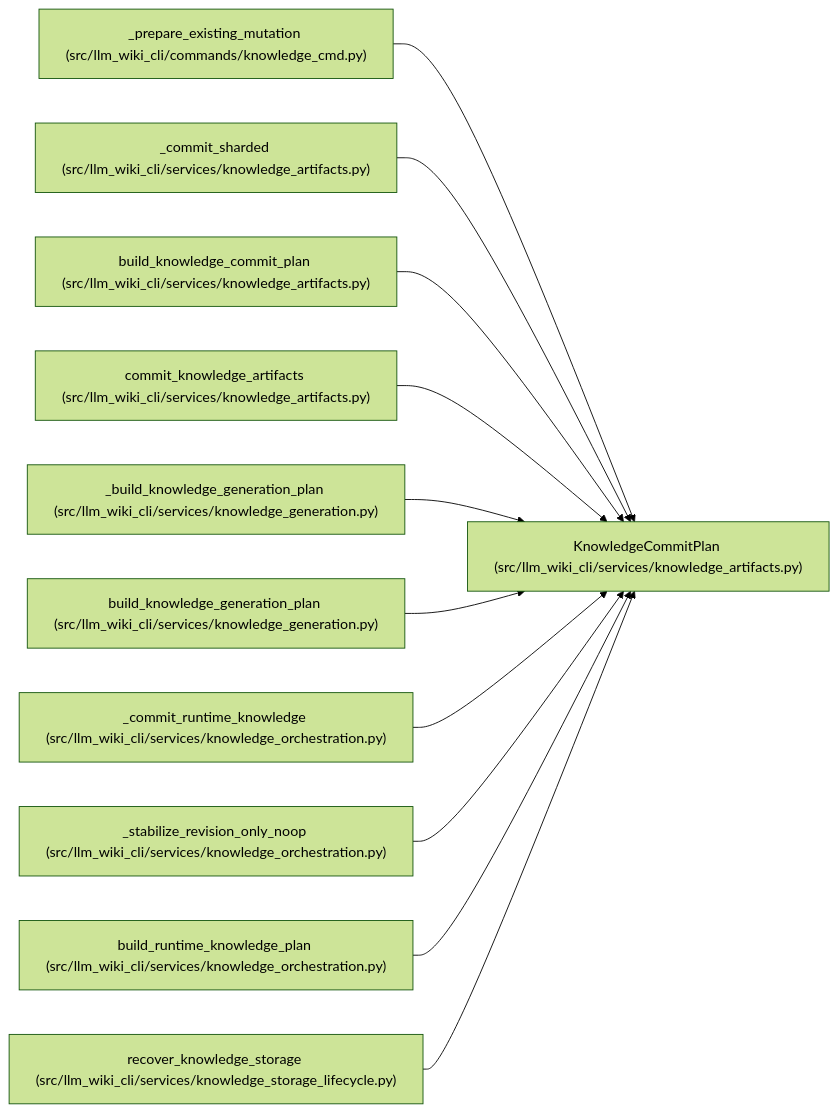
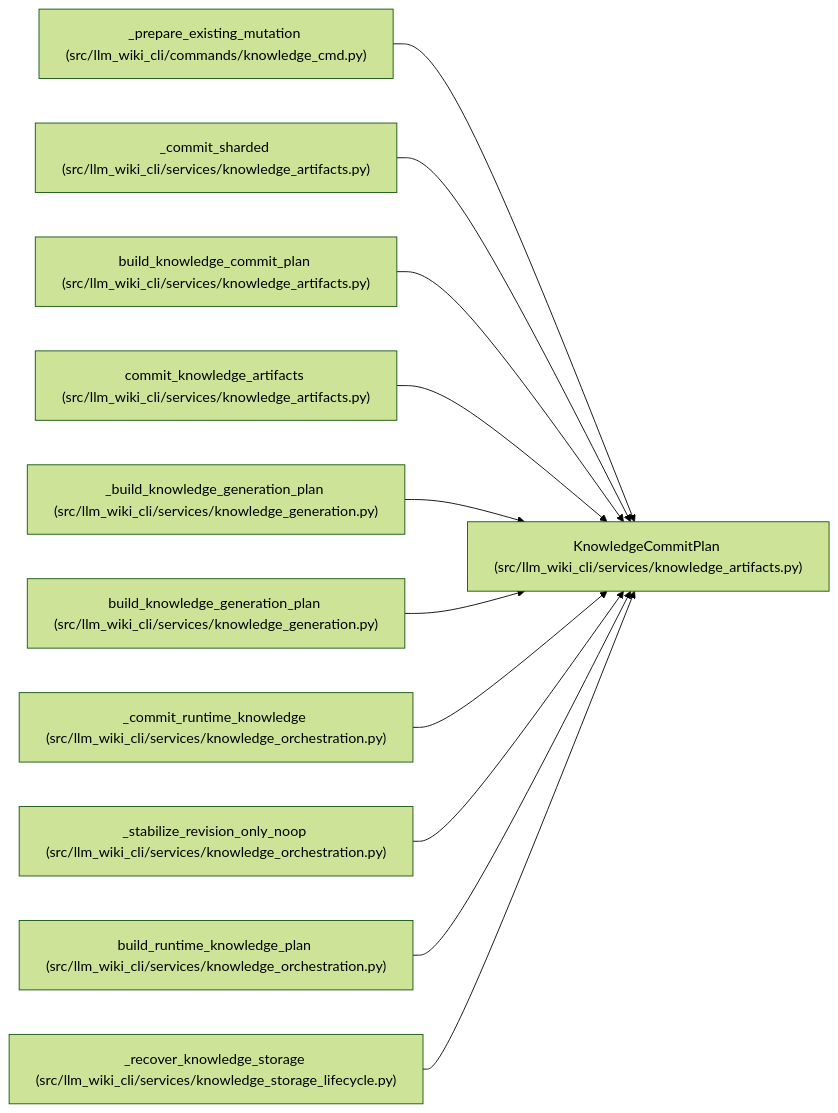
Before and after one commit to Denissvgn/python-wiki-llm: the diagram in docs/llm_wiki/entities/KnowledgeCommitPlan.md, drawn with Mermaid (forest theme). The commit also changed other lines of this file and 1410 other files, not shown here.

````diff
--- a/docs/llm_wiki/entities/KnowledgeCommitPlan.md
+++ b/docs/llm_wiki/entities/KnowledgeCommitPlan.md
@@ -35,35 +36,35 @@
 ```mermaid
 flowchart LR
     n0["KnowledgeCommitPlan (src/llm_wiki_cli/services/knowledge_artifacts.py)"]
     n1["_prepare_existing_mutation (src/llm_wiki_cli/commands/knowledge_cmd.py)"]
     n2["_commit_sharded (src/llm_wiki_cli/services/knowledge_artifacts.py)"]
     n3["build_knowledge_commit_plan (src/llm_wiki_cli/services/knowledge_artifacts.py)"]
     n4["commit_knowledge_artifacts (src/llm_wiki_cli/services/knowledge_artifacts.py)"]
     n5["_build_knowledge_generation_plan (src/llm_wiki_cli/services/knowledge_generation.py)"]
     n6["build_knowledge_generation_plan (src/llm_wiki_cli/services/knowledge_generation.py)"]
     n7["_commit_runtime_knowledge (src/llm_wiki_cli/services/knowledge_orchestration.py)"]
     n8["_stabilize_revision_only_noop (src/llm_wiki_cli/services/knowledge_orchestration.py)"]
     n9["build_runtime_knowledge_plan (src/llm_wiki_cli/services/knowledge_orchestration.py)"]
-    n10["recover_knowledge_storage (src/llm_wiki_cli/services/knowledge_storage_lifecycle.py)"]
+    n10["_recover_knowledge_storage (src/llm_wiki_cli/services/knowledge_storage_lifecycle.py)"]
     n1 --> n0
     n2 --> n0
     n3 --> n0
     n4 --> n0
     n5 --> n0
     n6 --> n0
     n7 --> n0
     n8 --> n0
     n9 --> n0
     n10 --> n0
     click n0 "../modules/knowledge_artifacts.md"
     click n1 "../modules/knowledge_cmd.md"
     click n2 "../modules/knowledge_artifacts.md"
     click n3 "../modules/knowledge_artifacts.md"
     click n4 "../modules/knowledge_artifacts.md"
     click n5 "../modules/knowledge_generation.md"
     click n6 "../modules/knowledge_generation.md"
     click n7 "../modules/knowledge_orchestration.md"
     click n8 "../modules/knowledge_orchestration.md"
     click n9 "../modules/knowledge_orchestration.md"
     click n10 "../modules/knowledge_storage_lifecycle.md"
 ```
````
